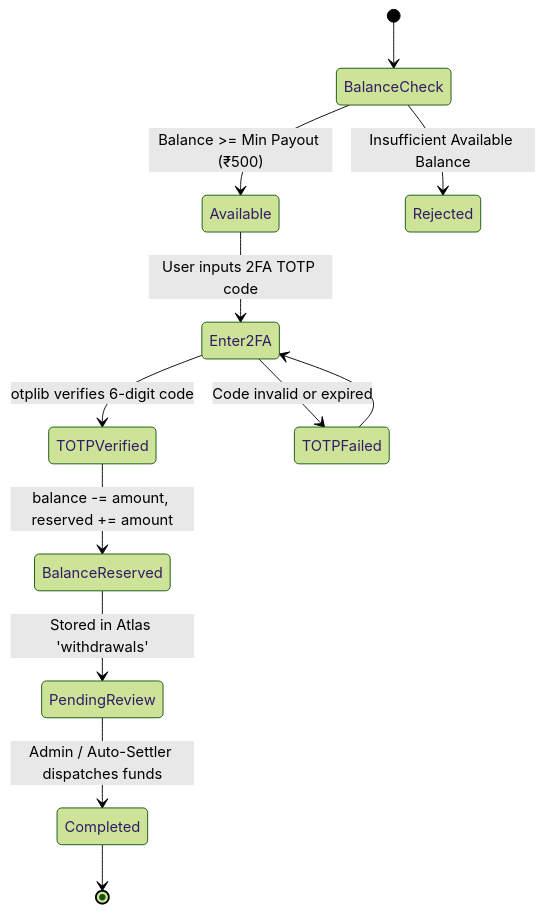
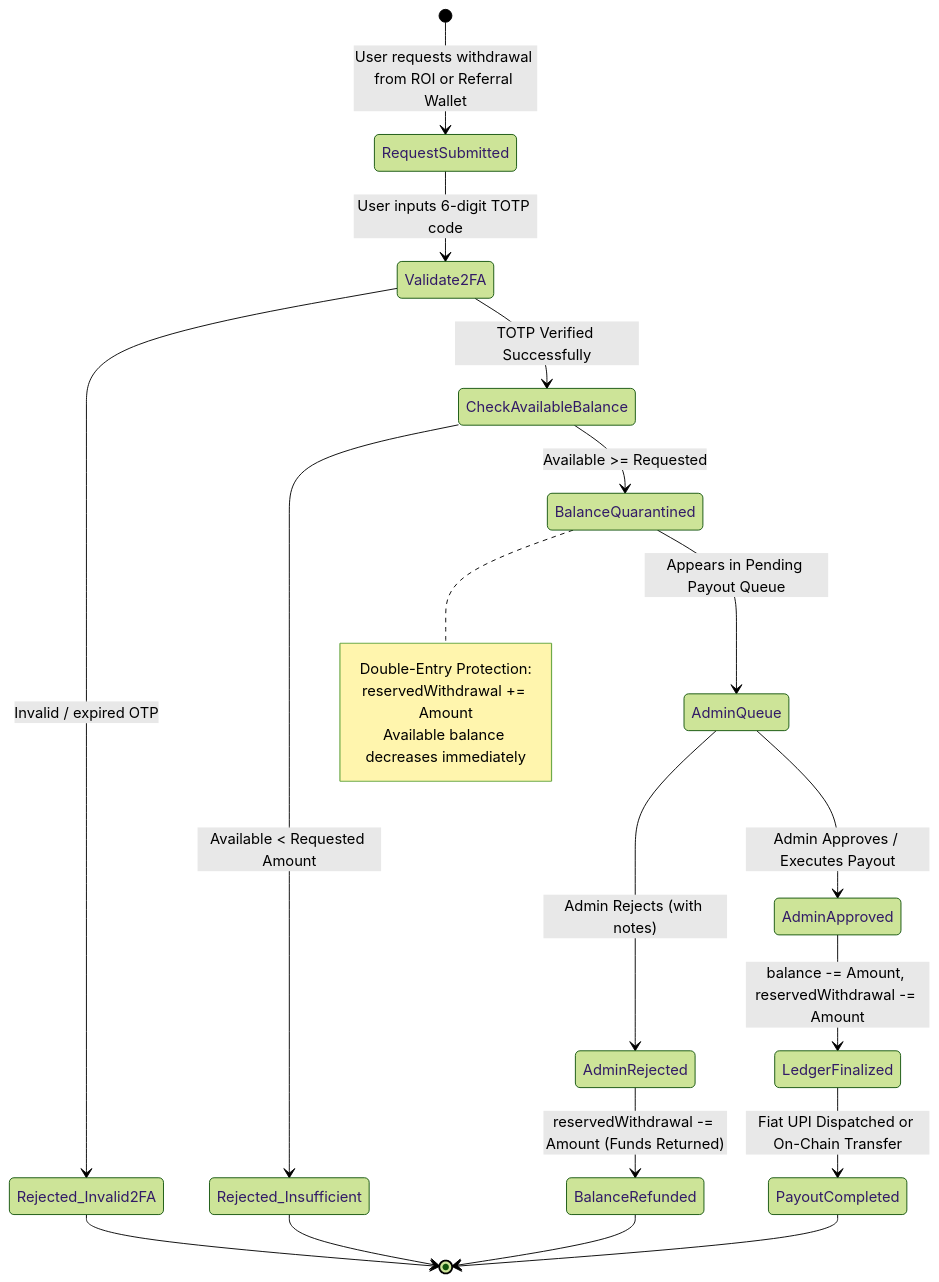
The fourth of 4 diagrams in UNICORN_COMPLETE_SYSTEM_WORKFLOW.md (dharmikthanki12/Unicorn), drawn with Mermaid (forest theme) before and after one commit. The commit also changed other lines of this file, not shown here.

````diff
--- a/UNICORN_COMPLETE_SYSTEM_WORKFLOW.md
+++ b/UNICORN_COMPLETE_SYSTEM_WORKFLOW.md
@@ -160,14 +319,28 @@
 ```mermaid
 stateDiagram-v2
-    [*] --> BalanceCheck
-    BalanceCheck --> Available: Balance >= Min Payout (₹500)
-    BalanceCheck --> Rejected: Insufficient Available Balance
-    Available --> Enter2FA: User inputs 2FA TOTP code
-    Enter2FA --> TOTPVerified: otplib verifies 6-digit code
-    Enter2FA --> TOTPFailed: Code invalid or expired
-    TOTPFailed --> Enter2FA
-    TOTPVerified --> BalanceReserved: balance -= amount, reserved += amount
-    BalanceReserved --> PendingReview: Stored in Atlas 'withdrawals'
-    PendingReview --> Completed: Admin / Auto-Settler dispatches funds
-    Completed --> [*]
+    [*] --> RequestSubmitted: User requests withdrawal from ROI or Referral Wallet
+    RequestSubmitted --> Validate2FA: User inputs 6-digit TOTP code
+    Validate2FA --> Rejected_Invalid2FA: Invalid / expired OTP
+    Rejected_Invalid2FA --> [*]
+    
+    Validate2FA --> CheckAvailableBalance: TOTP Verified Successfully
+    CheckAvailableBalance --> Rejected_Insufficient: Available < Requested Amount
+    Rejected_Insufficient --> [*]
+    
+    CheckAvailableBalance --> BalanceQuarantined: Available >= Requested
+    note right of BalanceQuarantined
+        Double-Entry Protection:
+        reservedWithdrawal += Amount
+        Available balance decreases immediately
+    end note
+    
+    BalanceQuarantined --> AdminQueue: Appears in Pending Payout Queue
+    AdminQueue --> AdminRejected: Admin Rejects (with notes)
+    AdminRejected --> BalanceRefunded: reservedWithdrawal -= Amount (Funds Returned)
+    BalanceRefunded --> [*]
+    
+    AdminQueue --> AdminApproved: Admin Approves / Executes Payout
+    AdminApproved --> LedgerFinalized: balance -= Amount, reservedWithdrawal -= Amount
+    LedgerFinalized --> PayoutCompleted: Fiat UPI Dispatched or On-Chain Transfer
+    PayoutCompleted --> [*]
 ```
````
